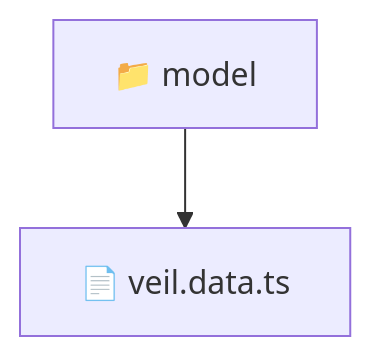
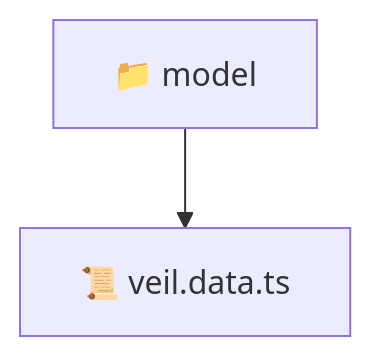
Before and after one commit to beginwebdev2002/fullstack-mavluda: the diagram in frontend/src/features/veil/model/README.md, drawn with Mermaid. The commit also changed other lines of this file and 163 other files, not shown here.

````diff
--- a/frontend/src/features/veil/model/README.md
+++ b/frontend/src/features/veil/model/README.md
@@ -11,5 +11,5 @@
 ```mermaid
 graph TD
-  Root["📁 model"]
-  Root --> veil_data_ts["📄 veil.data.ts"]
+  model["📁 model"]
+  model --> veil_data_ts["📜 veil.data.ts"]
 ```
````
